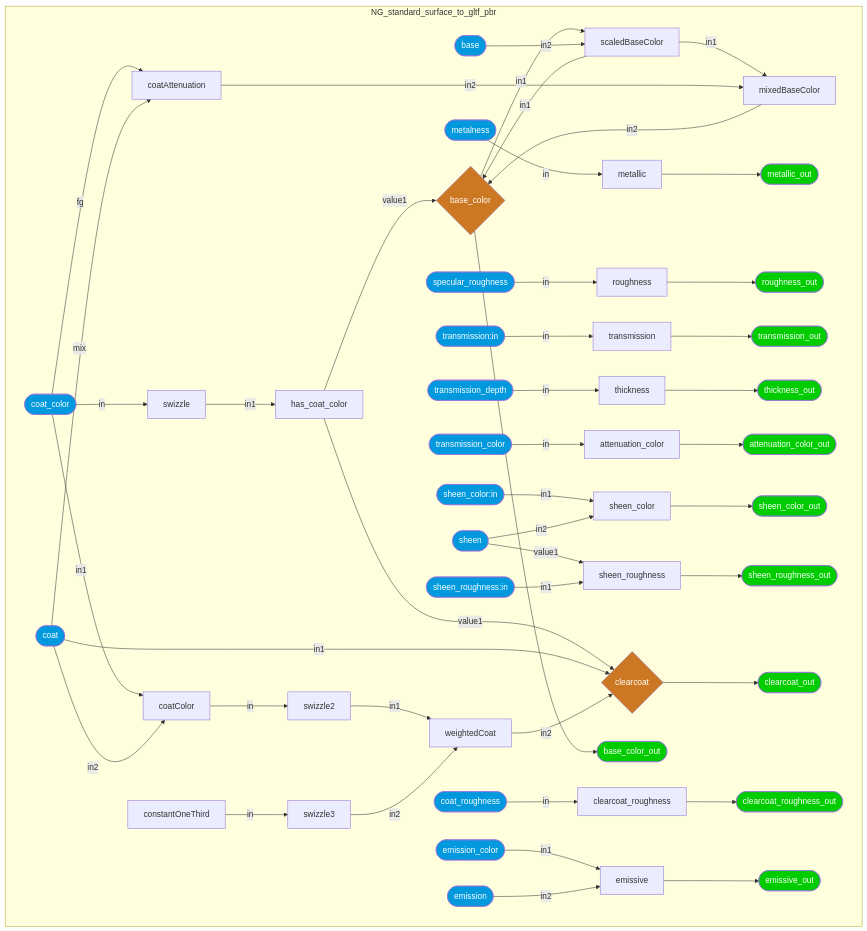
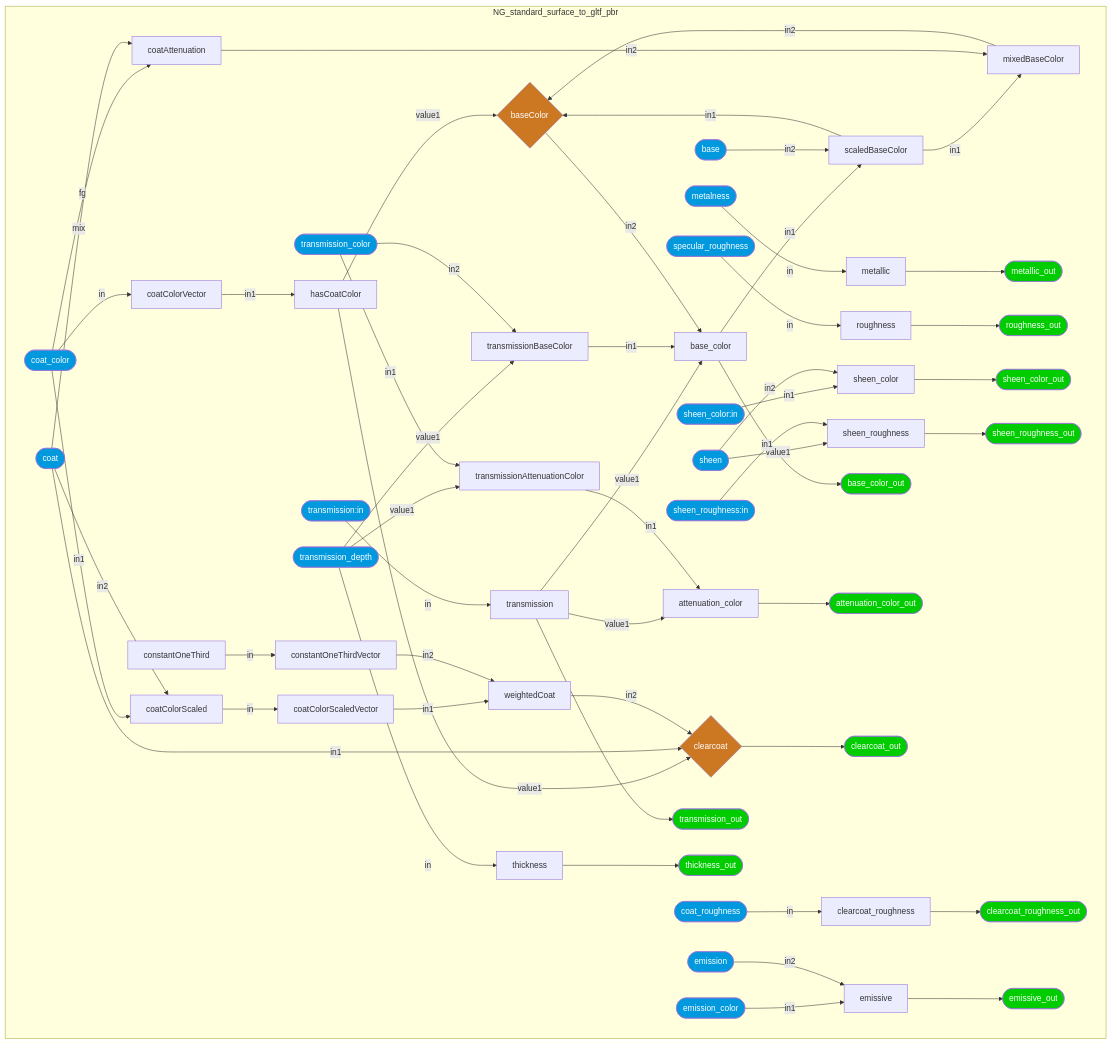
One commit to kwokcb/MaterialX_Learn changed diagram 41 of 43 in documents/definitions/bxdf_doc.md. Above: the diagram before and after it, drawn with Mermaid. The commit also changed other lines of this file and 553 other files, not shown here.

````diff
--- a/documents/definitions/bxdf_doc.md
+++ b/documents/definitions/bxdf_doc.md
@@ -3295,22 +4158,25 @@
 ```mermaid
 graph TB
     subgraph NG_standard_surface_to_gltf_pbr
-    NG_standard_surface_to_gltf_pbr_swizzle[swizzle]
-    NG_standard_surface_to_gltf_pbr_has_coat_color[has_coat_color]
+    NG_standard_surface_to_gltf_pbr_constantOneThird[constantOneThird]
+    NG_standard_surface_to_gltf_pbr_constantOneThirdVector[constantOneThirdVector]
+    NG_standard_surface_to_gltf_pbr_coatColorVector[coatColorVector]
+    NG_standard_surface_to_gltf_pbr_hasCoatColor[hasCoatColor]
     NG_standard_surface_to_gltf_pbr_scaledBaseColor[scaledBaseColor]
     NG_standard_surface_to_gltf_pbr_coatAttenuation[coatAttenuation]
     NG_standard_surface_to_gltf_pbr_mixedBaseColor[mixedBaseColor]
-    NG_standard_surface_to_gltf_pbr_constantOneThird[constantOneThird]
-    NG_standard_surface_to_gltf_pbr_coatColor[coatColor]
-    NG_standard_surface_to_gltf_pbr_swizzle2[swizzle2]
-    NG_standard_surface_to_gltf_pbr_swizzle3[swizzle3]
+    NG_standard_surface_to_gltf_pbr_coatColorScaled[coatColorScaled]
+    NG_standard_surface_to_gltf_pbr_coatColorScaledVector[coatColorScaledVector]
     NG_standard_surface_to_gltf_pbr_weightedCoat[weightedCoat]
-    style NG_standard_surface_to_gltf_pbr_base_color  fill:#C72, color:#FFF
-    NG_standard_surface_to_gltf_pbr_base_color{base_color}
+    style NG_standard_surface_to_gltf_pbr_baseColor  fill:#C72, color:#FFF
+    NG_standard_surface_to_gltf_pbr_baseColor{baseColor}
+    NG_standard_surface_to_gltf_pbr_transmissionBaseColor[transmissionBaseColor]
+    NG_standard_surface_to_gltf_pbr_base_color[base_color]
     NG_standard_surface_to_gltf_pbr_metallic[metallic]
     NG_standard_surface_to_gltf_pbr_roughness[roughness]
     NG_standard_surface_to_gltf_pbr_transmission[transmission]
     NG_standard_surface_to_gltf_pbr_thickness[thickness]
+    NG_standard_surface_to_gltf_pbr_transmissionAttenuationColor[transmissionAttenuationColor]
     NG_standard_surface_to_gltf_pbr_attenuation_color[attenuation_color]
     NG_standard_surface_to_gltf_pbr_sheen_color[sheen_color]
     NG_standard_surface_to_gltf_pbr_sheen_roughness[sheen_roughness]
@@ -3346,16 +4212,16 @@
     NG_standard_surface_to_gltf_pbr_base([base])
     style NG_standard_surface_to_gltf_pbr_coat  fill:#09D, color:#FFF
     NG_standard_surface_to_gltf_pbr_coat([coat])
+    style NG_standard_surface_to_gltf_pbr_transmission_depth  fill:#09D, color:#FFF
+    NG_standard_surface_to_gltf_pbr_transmission_depth([transmission_depth])
+    style NG_standard_surface_to_gltf_pbr_transmission_color  fill:#09D, color:#FFF
+    NG_standard_surface_to_gltf_pbr_transmission_color([transmission_color])
     style NG_standard_surface_to_gltf_pbr_metalness  fill:#09D, color:#FFF
     NG_standard_surface_to_gltf_pbr_metalness([metalness])
     style NG_standard_surface_to_gltf_pbr_specular_roughness  fill:#09D, color:#FFF
     NG_standard_surface_to_gltf_pbr_specular_roughness([specular_roughness])
     style NG_standard_surface_to_gltf_pbr_transmission:in  fill:#09D, color:#FFF
     NG_standard_surface_to_gltf_pbr_transmission:in([transmission:in])
-    style NG_standard_surface_to_gltf_pbr_transmission_depth  fill:#09D, color:#FFF
-    NG_standard_surface_to_gltf_pbr_transmission_depth([transmission_depth])
-    style NG_standard_surface_to_gltf_pbr_transmission_color  fill:#09D, color:#FFF
-    NG_standard_surface_to_gltf_pbr_transmission_color([transmission_color])
     style NG_standard_surface_to_gltf_pbr_sheen_color:in  fill:#09D, color:#FFF
     NG_standard_surface_to_gltf_pbr_sheen_color:in([sheen_color:in])
     style NG_standard_surface_to_gltf_pbr_sheen  fill:#09D, color:#FFF
@@ -3369,33 +4235,41 @@
     style NG_standard_surface_to_gltf_pbr_emission  fill:#09D, color:#FFF
     NG_standard_surface_to_gltf_pbr_emission([emission])
     end
-    NG_standard_surface_to_gltf_pbr_coat_color --"in"--> NG_standard_surface_to_gltf_pbr_swizzle
-    NG_standard_surface_to_gltf_pbr_swizzle --"in1"--> NG_standard_surface_to_gltf_pbr_has_coat_color
+    NG_standard_surface_to_gltf_pbr_constantOneThird --"in"--> NG_standard_surface_to_gltf_pbr_constantOneThirdVector
+    NG_standard_surface_to_gltf_pbr_coat_color --"in"--> NG_standard_surface_to_gltf_pbr_coatColorVector
+    NG_standard_surface_to_gltf_pbr_coatColorVector --"in1"--> NG_standard_surface_to_gltf_pbr_hasCoatColor
     NG_standard_surface_to_gltf_pbr_base_color --"in1"--> NG_standard_surface_to_gltf_pbr_scaledBaseColor
     NG_standard_surface_to_gltf_pbr_base --"in2"--> NG_standard_surface_to_gltf_pbr_scaledBaseColor
     NG_standard_surface_to_gltf_pbr_coat_color --"fg"--> NG_standard_surface_to_gltf_pbr_coatAttenuation
     NG_standard_surface_to_gltf_pbr_coat --"mix"--> NG_standard_surface_to_gltf_pbr_coatAttenuation
     NG_standard_surface_to_gltf_pbr_scaledBaseColor --"in1"--> NG_standard_surface_to_gltf_pbr_mixedBaseColor
     NG_standard_surface_to_gltf_pbr_coatAttenuation --"in2"--> NG_standard_surface_to_gltf_pbr_mixedBaseColor
-    NG_standard_surface_to_gltf_pbr_coat_color --"in1"--> NG_standard_surface_to_gltf_pbr_coatColor
-    NG_standard_surface_to_gltf_pbr_coat --"in2"--> NG_standard_surface_to_gltf_pbr_coatColor
-    NG_standard_surface_to_gltf_pbr_coatColor --"in"--> NG_standard_surface_to_gltf_pbr_swizzle2
-    NG_standard_surface_to_gltf_pbr_constantOneThird --"in"--> NG_standard_surface_to_gltf_pbr_swizzle3
-    NG_standard_surface_to_gltf_pbr_swizzle2 --"in1"--> NG_standard_surface_to_gltf_pbr_weightedCoat
-    NG_standard_surface_to_gltf_pbr_swizzle3 --"in2"--> NG_standard_surface_to_gltf_pbr_weightedCoat
-    NG_standard_surface_to_gltf_pbr_has_coat_color --"value1"--> NG_standard_surface_to_gltf_pbr_base_color
-    NG_standard_surface_to_gltf_pbr_scaledBaseColor --"in1"--> NG_standard_surface_to_gltf_pbr_base_color
-    NG_standard_surface_to_gltf_pbr_mixedBaseColor --"in2"--> NG_standard_surface_to_gltf_pbr_base_color
+    NG_standard_surface_to_gltf_pbr_coat_color --"in1"--> NG_standard_surface_to_gltf_pbr_coatColorScaled
+    NG_standard_surface_to_gltf_pbr_coat --"in2"--> NG_standard_surface_to_gltf_pbr_coatColorScaled
+    NG_standard_surface_to_gltf_pbr_coatColorScaled --"in"--> NG_standard_surface_to_gltf_pbr_coatColorScaledVector
+    NG_standard_surface_to_gltf_pbr_coatColorScaledVector --"in1"--> NG_standard_surface_to_gltf_pbr_weightedCoat
+    NG_standard_surface_to_gltf_pbr_constantOneThirdVector --"in2"--> NG_standard_surface_to_gltf_pbr_weightedCoat
+    NG_standard_surface_to_gltf_pbr_hasCoatColor --"value1"--> NG_standard_surface_to_gltf_pbr_baseColor
+    NG_standard_surface_to_gltf_pbr_scaledBaseColor --"in1"--> NG_standard_surface_to_gltf_pbr_baseColor
+    NG_standard_surface_to_gltf_pbr_mixedBaseColor --"in2"--> NG_standard_surface_to_gltf_pbr_baseColor
+    NG_standard_surface_to_gltf_pbr_transmission_depth --"value1"--> NG_standard_surface_to_gltf_pbr_transmissionBaseColor
+    NG_standard_surface_to_gltf_pbr_transmission_color --"in2"--> NG_standard_surface_to_gltf_pbr_transmissionBaseColor
+    NG_standard_surface_to_gltf_pbr_transmission --"value1"--> NG_standard_surface_to_gltf_pbr_base_color
+    NG_standard_surface_to_gltf_pbr_transmissionBaseColor --"in1"--> NG_standard_surface_to_gltf_pbr_base_color
+    NG_standard_surface_to_gltf_pbr_baseColor --"in2"--> NG_standard_surface_to_gltf_pbr_base_color
     NG_standard_surface_to_gltf_pbr_metalness --"in"--> NG_standard_surface_to_gltf_pbr_metallic
     NG_standard_surface_to_gltf_pbr_specular_roughness --"in"--> NG_standard_surface_to_gltf_pbr_roughness
     NG_standard_surface_to_gltf_pbr_transmission:in --"in"--> NG_standard_surface_to_gltf_pbr_transmission
     NG_standard_surface_to_gltf_pbr_transmission_depth --"in"--> NG_standard_surface_to_gltf_pbr_thickness
-    NG_standard_surface_to_gltf_pbr_transmission_color --"in"--> NG_standard_surface_to_gltf_pbr_attenuation_color
+    NG_standard_surface_to_gltf_pbr_transmission_depth --"value1"--> NG_standard_surface_to_gltf_pbr_transmissionAttenuationColor
+    NG_standard_surface_to_gltf_pbr_transmission_color --"in1"--> NG_standard_surface_to_gltf_pbr_transmissionAttenuationColor
+    NG_standard_surface_to_gltf_pbr_transmission --"value1"--> NG_standard_surface_to_gltf_pbr_attenuation_color
+    NG_standard_surface_to_gltf_pbr_transmissionAttenuationColor --"in1"--> NG_standard_surface_to_gltf_pbr_attenuation_color
     NG_standard_surface_to_gltf_pbr_sheen_color:in --"in1"--> NG_standard_surface_to_gltf_pbr_sheen_color
     NG_standard_surface_to_gltf_pbr_sheen --"in2"--> NG_standard_surface_to_gltf_pbr_sheen_color
     NG_standard_surface_to_gltf_pbr_sheen --"value1"--> NG_standard_surface_to_gltf_pbr_sheen_roughness
     NG_standard_surface_to_gltf_pbr_sheen_roughness:in --"in1"--> NG_standard_surface_to_gltf_pbr_sheen_roughness
-    NG_standard_surface_to_gltf_pbr_has_coat_color --"value1"--> NG_standard_surface_to_gltf_pbr_clearcoat
+    NG_standard_surface_to_gltf_pbr_hasCoatColor --"value1"--> NG_standard_surface_to_gltf_pbr_clearcoat
     NG_standard_surface_to_gltf_pbr_coat --"in1"--> NG_standard_surface_to_gltf_pbr_clearcoat
     NG_standard_surface_to_gltf_pbr_weightedCoat --"in2"--> NG_standard_surface_to_gltf_pbr_clearcoat
     NG_standard_surface_to_gltf_pbr_coat_roughness --"in"--> NG_standard_surface_to_gltf_pbr_clearcoat_roughness
````
